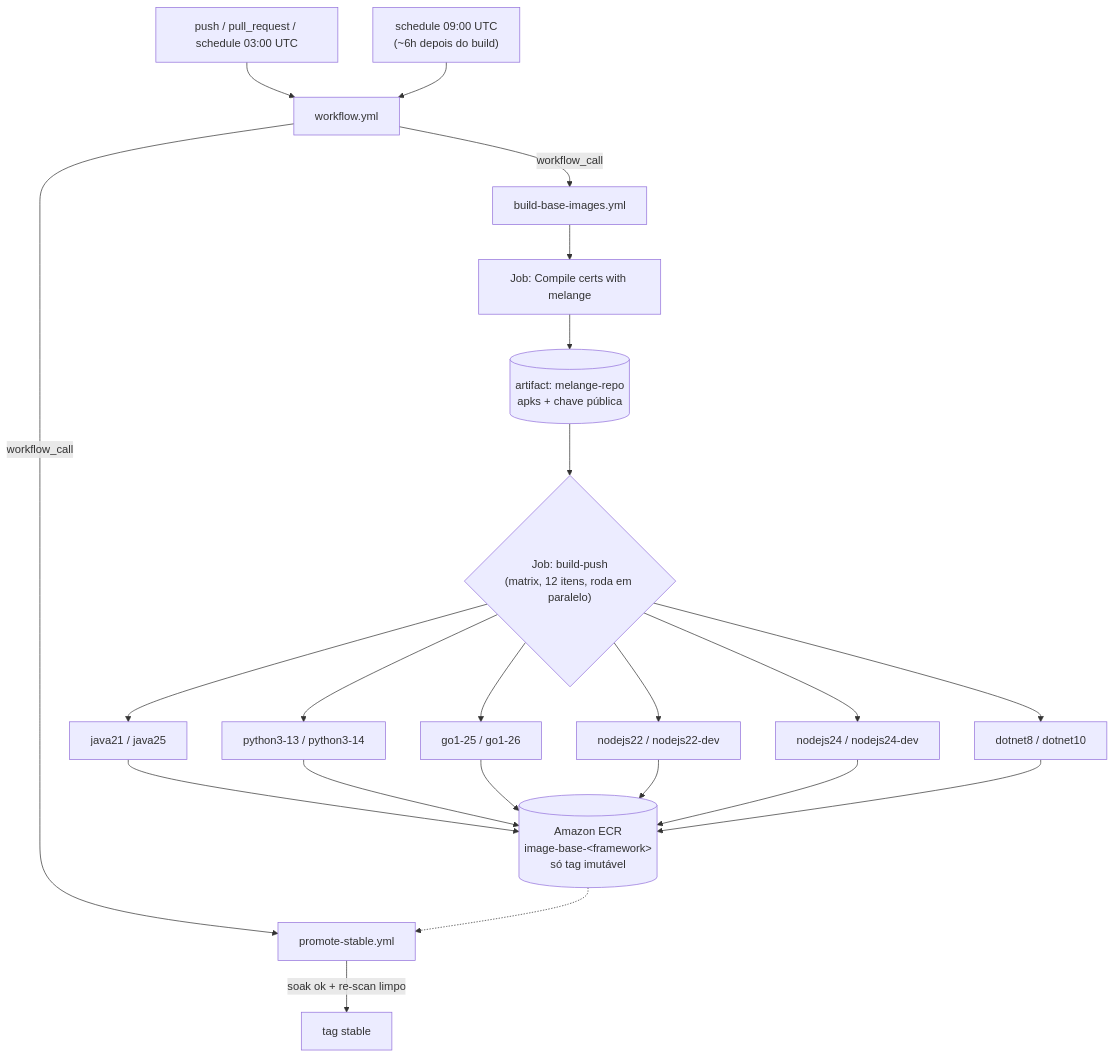
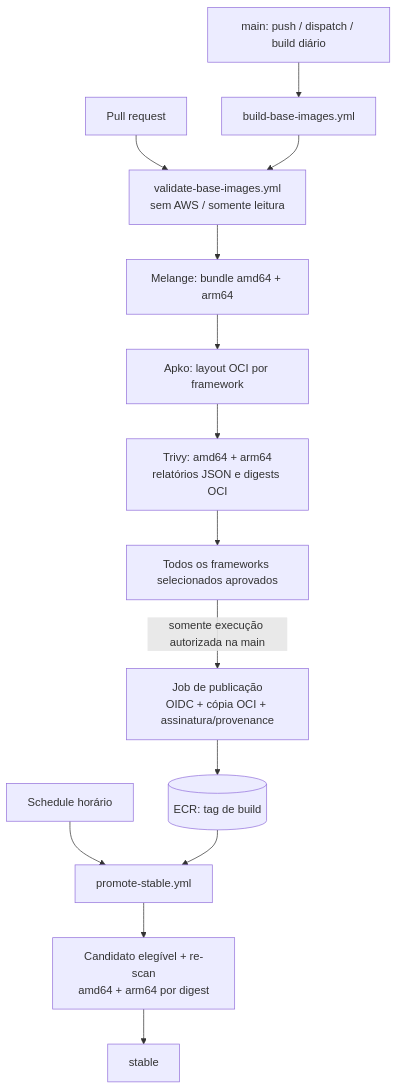
The third of 3 diagrams in README.md (alric-corp/itau-xj7-containers-image-base), drawn with Mermaid before and after one commit. The commit also changed other lines of this file and 10 other files, not shown here.

Commit message:
Integrate validated OCI publication and preserve remote digest evidence

````diff
--- a/README.md
+++ b/README.md
@@ -191,24 +196,16 @@
 ```mermaid
 flowchart TD
-    T1["push / pull_request / schedule 03:00 UTC"] --> W["workflow.yml"]
-    T2["schedule 09:00 UTC<br/>(~6h depois do build)"] --> W
-
-    W -- "workflow_call" --> R["build-base-images.yml"]
-    W -- "workflow_call" --> P["promote-stable.yml"]
-
-    R --> M["Job: Compile certs with melange"]
-    M --> AR[("artifact: melange-repo<br/>apks + chave pública")]
-
-    AR --> X{"Job: build-push<br/>(matrix, 12 itens, roda em paralelo)"}
-    X --> J1["java21 / java25"]
-    X --> J2["python3-13 / python3-14"]
-    X --> J3["go1-25 / go1-26"]
-    X --> J4["nodejs22 / nodejs22-dev"]
-    X --> J5["nodejs24 / nodejs24-dev"]
-    X --> J6["dotnet8 / dotnet10"]
-
-    J1 & J2 & J3 & J4 & J5 & J6 --> ECR[("Amazon ECR<br/>image-base-&lt;framework&gt;<br/>só tag imutável")]
-
-    ECR -.-> P
-    P -->|"soak ok + re-scan limpo"| STABLE["tag stable"]
+    PR["Pull request"] --> V["validate-base-images.yml<br/>sem AWS / somente leitura"]
+    MAIN["main: push / dispatch / build diário"] --> B["build-base-images.yml"]
+    B --> V
+    V --> M["Melange: bundle amd64 + arm64"]
+    M --> A["Apko: layout OCI por framework"]
+    A --> S["Trivy: amd64 + arm64<br/>relatórios JSON e digests OCI"]
+    S --> G["Todos os frameworks selecionados aprovados"]
+    G -->|"somente execução autorizada na main"| PUB["Job de publicação<br/>OIDC + cópia OCI + assinatura/provenance"]
+    PUB --> ECR[("ECR: tag de build")]
+    H["Schedule horário"] --> P["promote-stable.yml"]
+    ECR --> P
+    P --> SOAK["Candidato elegível + re-scan<br/>amd64 + arm64 por digest"]
+    SOAK --> STABLE["stable"]
 ```
````
